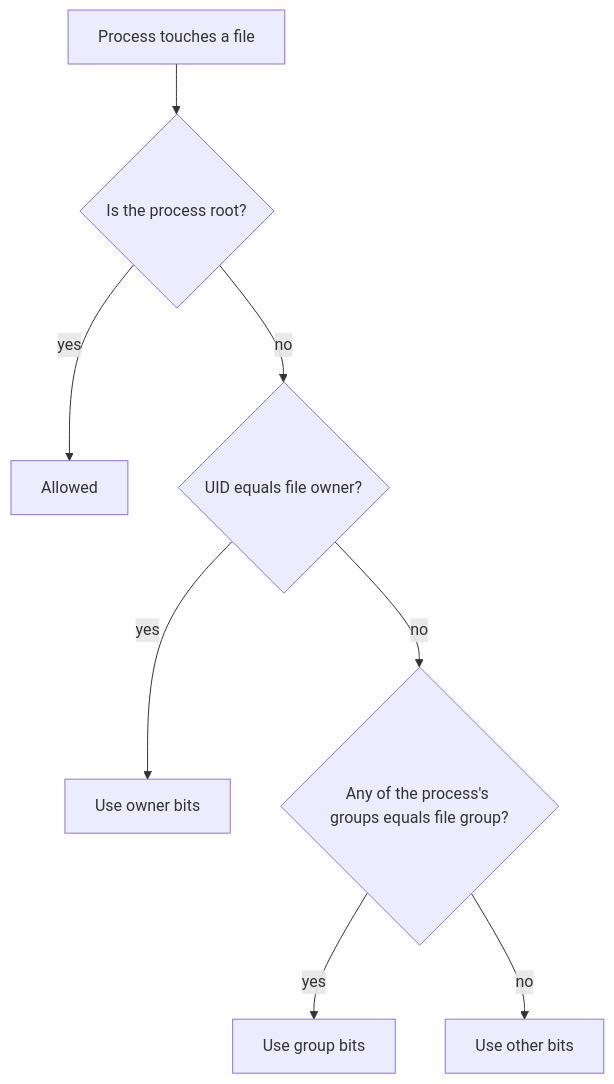
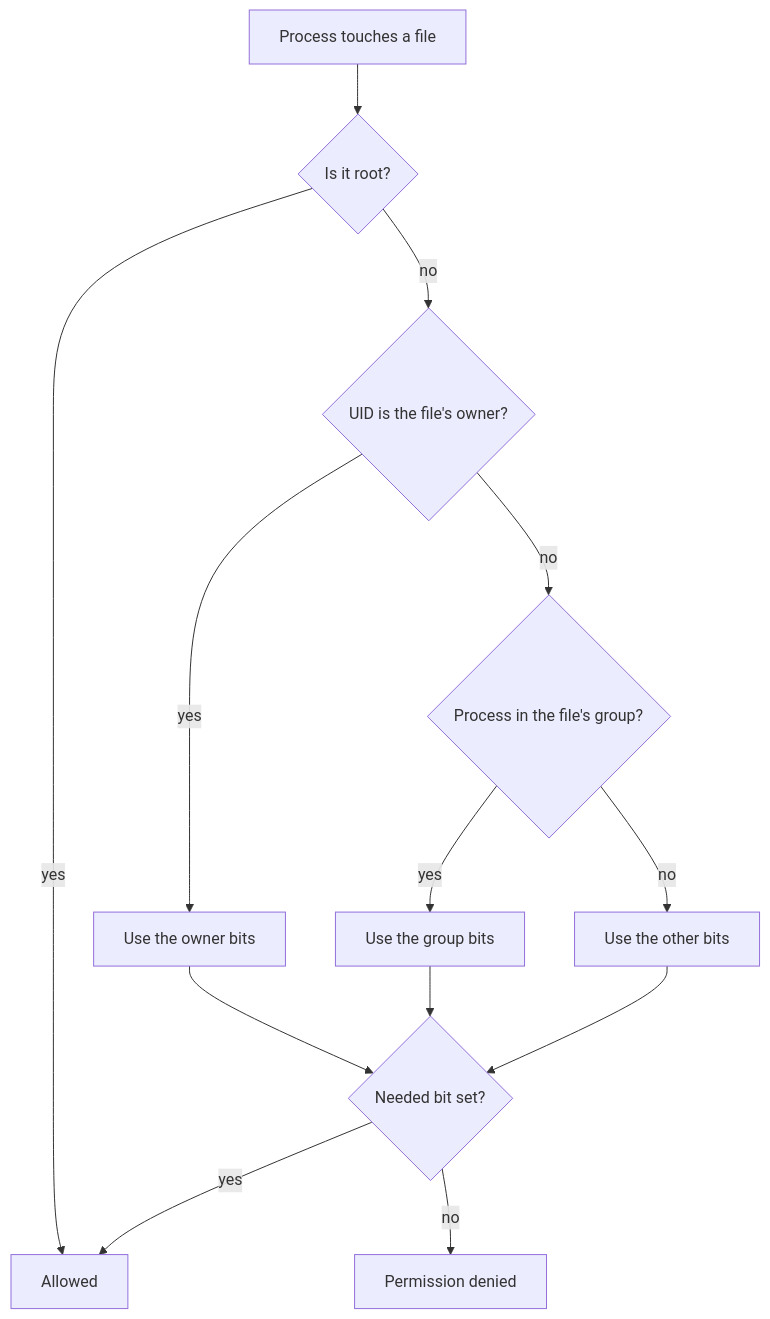
One commit to faiyaz-svg/CSFromTheGroundUp changed the diagram in docs/02-operating-systems-and-linux/02-linux-command-line/03-users-groups-and-permissions.md. Above: the diagram before and after it, drawn with Mermaid. The commit also changed other lines of this file, not shown here.

Commit message:
trim permissions lesson and add diagrams

````diff
--- a/docs/02-operating-systems-and-linux/02-linux-command-line/03-users-groups-and-permissions.md
+++ b/docs/02-operating-systems-and-linux/02-linux-command-line/03-users-groups-and-permissions.md
@@ -58,10 +44,15 @@
 ```mermaid
 flowchart TD
-    A[Process touches a file] --> B{Is the process root?}
-    B -- yes --> Z[Allowed]
-    B -- no --> C{UID equals file owner?}
-    C -- yes --> D[Use owner bits]
-    C -- no --> E{Any of the process's groups equals file group?}
-    E -- yes --> F[Use group bits]
-    E -- no --> G[Use other bits]
+    P["Process touches a file"] --> R{"Is it root?"}
+    R -->|"yes"| OK["Allowed"]
+    R -->|"no"| O{"UID is the file's owner?"}
+    O -->|"yes"| OB["Use the owner bits"]
+    O -->|"no"| G{"Process in the file's group?"}
+    G -->|"yes"| GB["Use the group bits"]
+    G -->|"no"| TB["Use the other bits"]
+    OB --> C{"Needed bit set?"}
+    GB --> C
+    TB --> C
+    C -->|"yes"| OK
+    C -->|"no"| D["Permission denied"]
 ```
````
